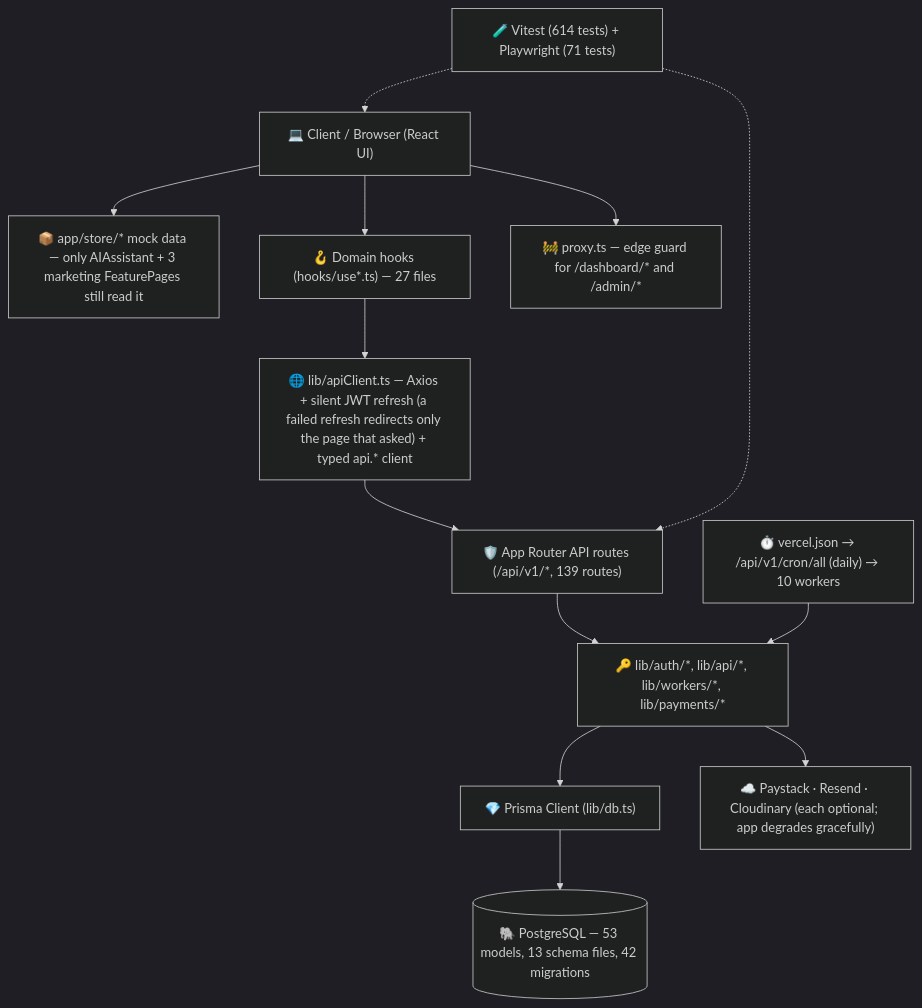
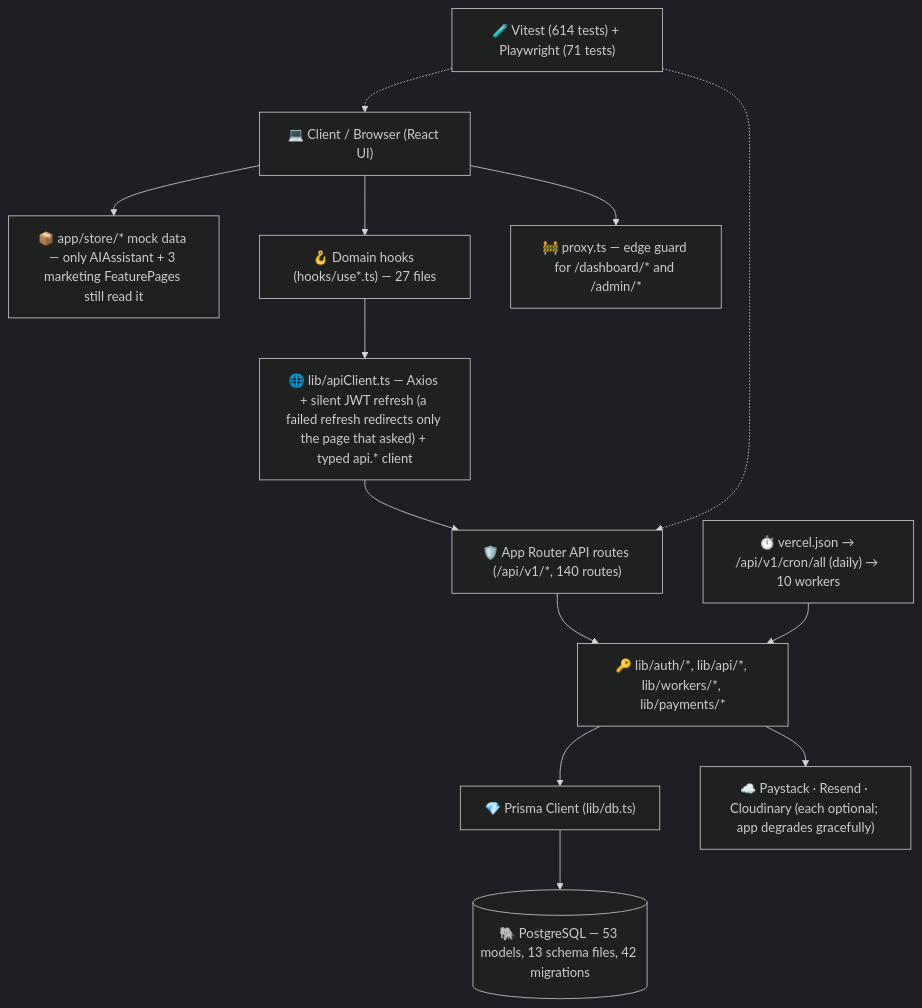
One commit to Proplity/proplity changed the diagram in PROJECT_STRUCTURE.md. Above: the diagram before and after it, drawn with Mermaid (dark theme). The commit also changed other lines of this file and 23 other files, not shown here.

````diff
--- a/PROJECT_STRUCTURE.md
+++ b/PROJECT_STRUCTURE.md
@@ -11,28 +11,28 @@
 ```mermaid
 graph TD
     Client["💻 Client / Browser (React UI)"]
     Store["📦 app/store/* mock data — only AIAssistant + 3 marketing FeaturePages still read it"]
     Hooks["🪝 Domain hooks (hooks/use*.ts) — 27 files"]
     ApiClient["🌐 lib/apiClient.ts — Axios + silent JWT refresh (a failed refresh redirects only the page that asked) + typed api.* client"]
     Proxy["🚧 proxy.ts — edge guard for /dashboard/* and /admin/*"]
-    NextApi["🛡️ App Router API routes (/api/v1/*, 139 routes)"]
+    NextApi["🛡️ App Router API routes (/api/v1/*, 140 routes)"]
     LibCore["🔑 lib/auth/*, lib/api/*, lib/workers/*, lib/payments/*"]
     PrismaClient["💎 Prisma Client (lib/db.ts)"]
     Postgres[("🐘 PostgreSQL — 53 models, 13 schema files, 42 migrations")]
     Cron["⏱️ vercel.json → /api/v1/cron/all (daily) → 10 workers"]
     Ext["☁️ Paystack · Resend · Cloudinary (each optional; app degrades gracefully)"]
     Tests["🧪 Vitest (614 tests) + Playwright (71 tests)"]
 
     Client --> Store
     Client --> Proxy
     Client --> Hooks
     Hooks --> ApiClient
     ApiClient --> NextApi
     NextApi --> LibCore
     LibCore --> PrismaClient
     LibCore --> Ext
     Cron --> LibCore
     PrismaClient --> Postgres
     Tests -.-> NextApi
     Tests -.-> Client
 ```
````
